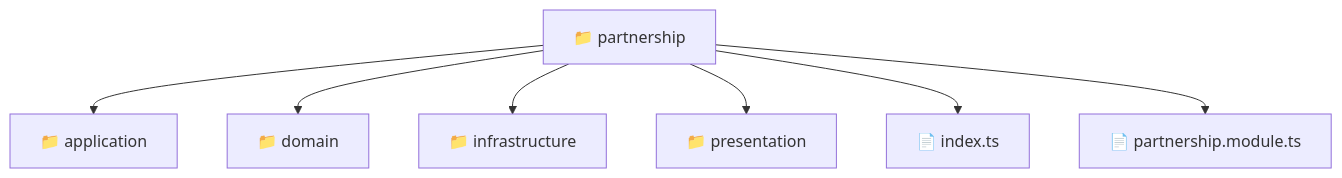
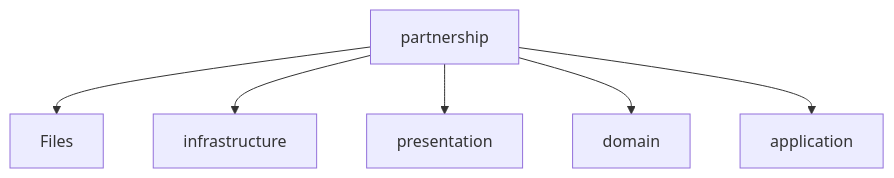
Before and after one commit to beginwebdev2002/fullstack-mavluda: the diagram in backend/src/modules/partnership/README.md, drawn with Mermaid. The commit also changed other lines of this file and 163 other files, not shown here.

First line of the commit message:
feat: autogenerate localized directory readmes for architectural transparency

````diff
--- a/backend/src/modules/partnership/README.md
+++ b/backend/src/modules/partnership/README.md
@@ -9,10 +10,8 @@
 ```mermaid
 graph TD
-  Root["📁 partnership"]
-  Root --> application["📁 application"]
-  Root --> domain["📁 domain"]
-  Root --> infrastructure["📁 infrastructure"]
-  Root --> presentation["📁 presentation"]
-  Root --> index_ts["📄 index.ts"]
-  Root --> partnership_module_ts["📄 partnership.module.ts"]
+    partnership[partnership] --> Files
+    partnership --> infrastructure[infrastructure]
+    partnership --> presentation[presentation]
+    partnership --> domain[domain]
+    partnership --> application[application]
 ```
````
